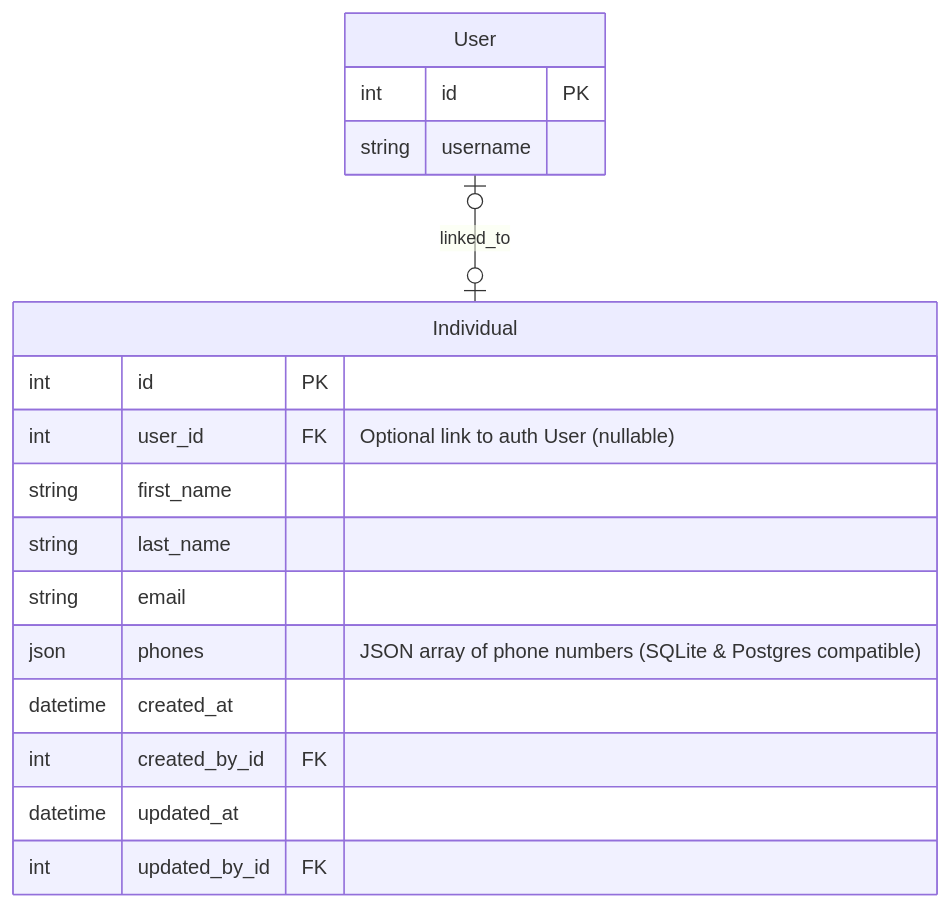
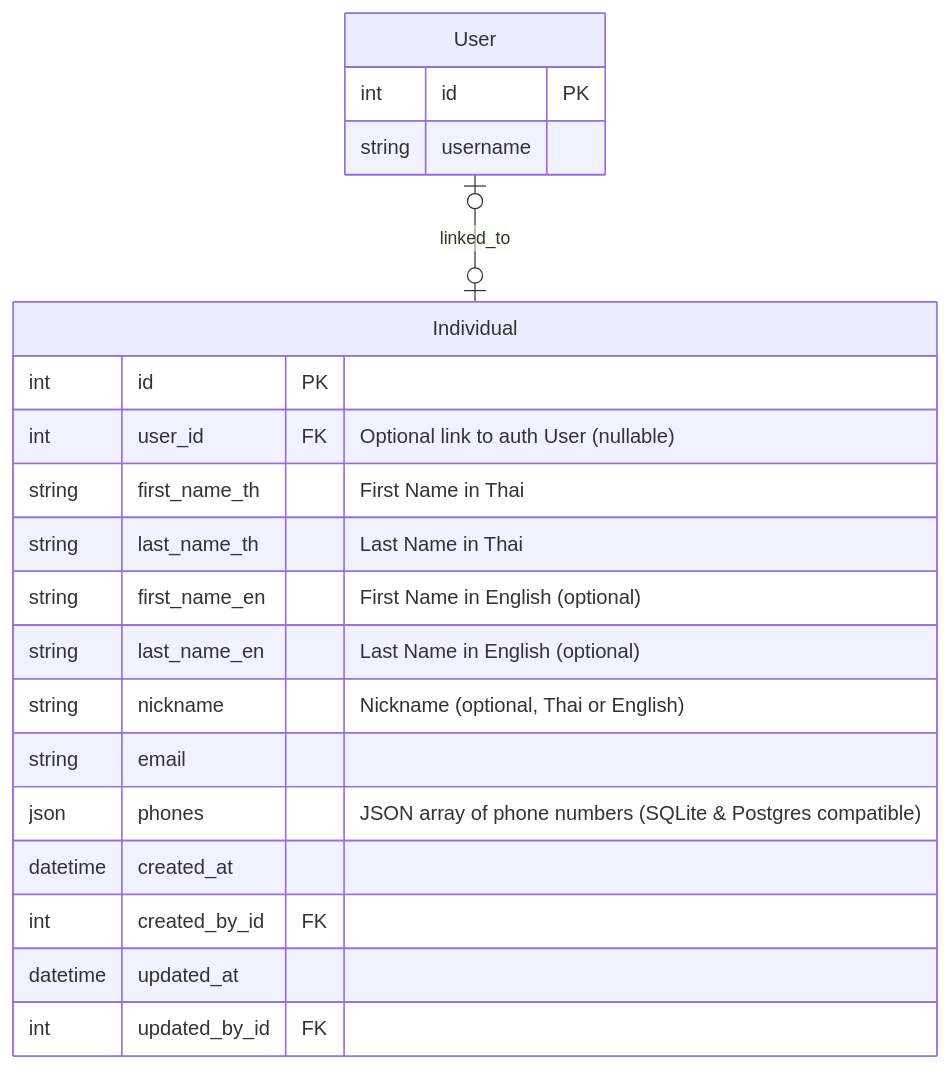
Before and after one commit to lockdoor/tj_inventory: the diagram in django/srcs/common/docs/individual_erd.md, drawn with Mermaid. The commit also changed 18 other files, not shown here.

````diff
--- a/django/srcs/common/docs/individual_erd.md
+++ b/django/srcs/common/docs/individual_erd.md
@@ -9,22 +9,25 @@
 ```mermaid
 erDiagram
     User |o--o| Individual : "linked_to"
 
     User {
         int id PK
         string username
     }
 
     Individual {
         int id PK
         int user_id FK "Optional link to auth User (nullable)"
-        string first_name
-        string last_name
+        string first_name_th "First Name in Thai"
+        string last_name_th "Last Name in Thai"
+        string first_name_en "First Name in English (optional)"
+        string last_name_en "Last Name in English (optional)"
+        string nickname "Nickname (optional, Thai or English)"
         string email
         json phones "JSON array of phone numbers (SQLite & Postgres compatible)"
         datetime created_at
         int created_by_id FK
         datetime updated_at
         int updated_by_id FK
     }
 ```
````
